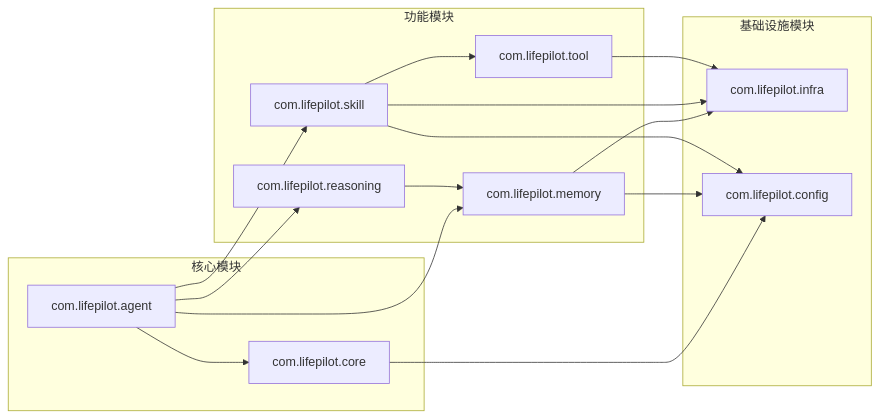
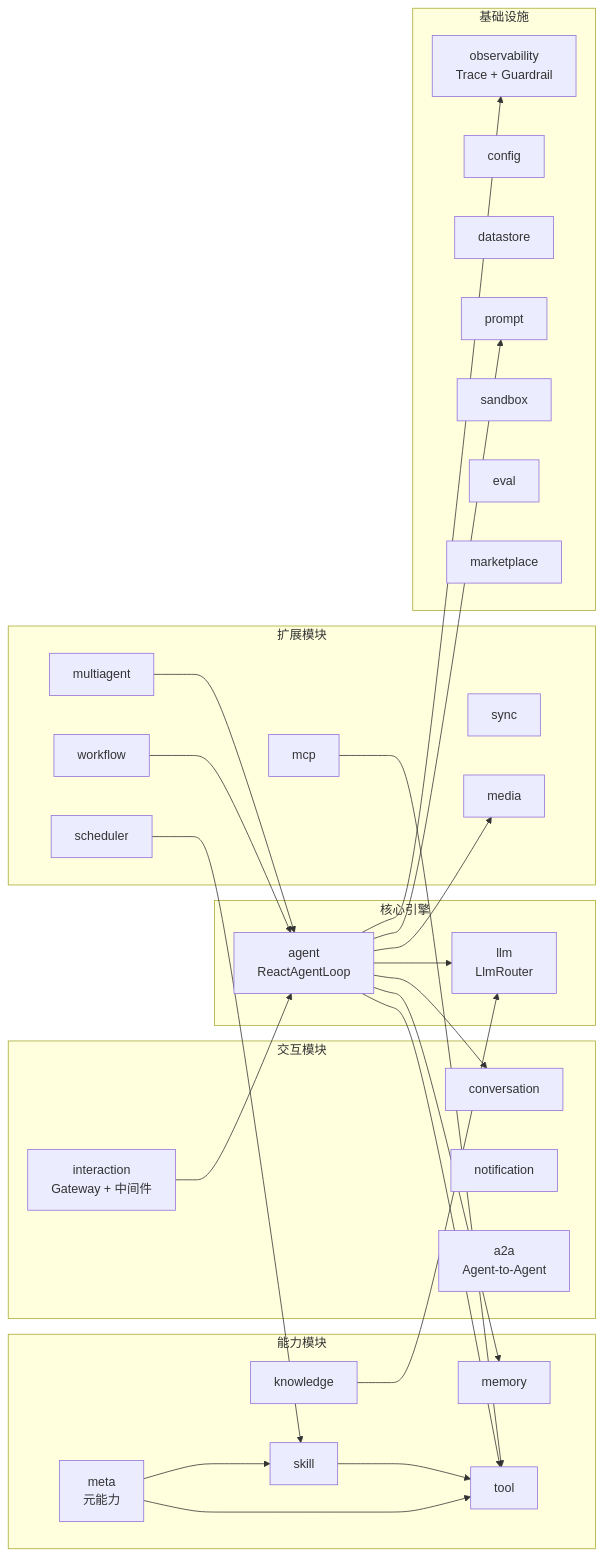
Before and after one commit to ntygod/LifePilot: the second of 35 diagrams in ARCHITECTURE-DIAGRAMS.md, drawn with Mermaid. The commit also changed other lines of this file and 2 other files, not shown here.

````diff
--- a/ARCHITECTURE-DIAGRAMS.md
+++ b/ARCHITECTURE-DIAGRAMS.md
@@ -82,34 +113,59 @@
 ```mermaid
 graph LR
-    subgraph "核心模块"
-        Core[com.lifepilot.core]
-        Agent[com.lifepilot.agent]
+    subgraph "核心引擎"
+        agent[agent<br/>ReactAgentLoop]
+        llm[llm<br/>LlmRouter]
     end
 
-    subgraph "功能模块"
-        Memory[com.lifepilot.memory]
-        Skill[com.lifepilot.skill]
-        Tool[com.lifepilot.tool]
-        Reasoning[com.lifepilot.reasoning]
+    subgraph "能力模块"
+        memory[memory]
+        skill[skill]
+        tool[tool]
+        knowledge[knowledge]
+        meta[meta<br/>元能力]
     end
 
-    subgraph "基础设施模块"
-        Infra[com.lifepilot.infra]
-        Config[com.lifepilot.config]
+    subgraph "交互模块"
+        interaction[interaction<br/>Gateway + 中间件]
+        conversation[conversation]
+        notification[notification]
+        a2a[a2a<br/>Agent-to-Agent]
     end
 
-    Agent --> Core
-    Agent --> Memory
-    Agent --> Skill
-    Agent --> Reasoning
-    
-    Skill --> Tool
-    Reasoning --> Memory
-    Memory --> Infra
-    Skill --> Infra
-    Tool --> Infra
-    
-    Core --> Config
-    Memory --> Config
-    Skill --> Config
+    subgraph "扩展模块"
+        workflow[workflow]
+        multiagent[multiagent]
+        mcp[mcp]
+        scheduler[scheduler]
+        sync[sync]
+        media[media]
+    end
+
+    subgraph "基础设施"
+        observability[observability<br/>Trace + Guardrail]
+        config[config]
+        datastore[datastore]
+        prompt[prompt]
+        sandbox[sandbox]
+        eval[eval]
+        marketplace[marketplace]
+    end
+
+    agent --> llm
+    agent --> memory
+    agent --> tool
+    agent --> observability
+    agent --> conversation
+    agent --> prompt
+    agent --> media
+
+    interaction --> agent
+    skill --> tool
+    meta --> tool
+    meta --> skill
+    knowledge --> llm
+    mcp --> tool
+    multiagent --> agent
+    workflow --> agent
+    scheduler --> skill
 ```
````
